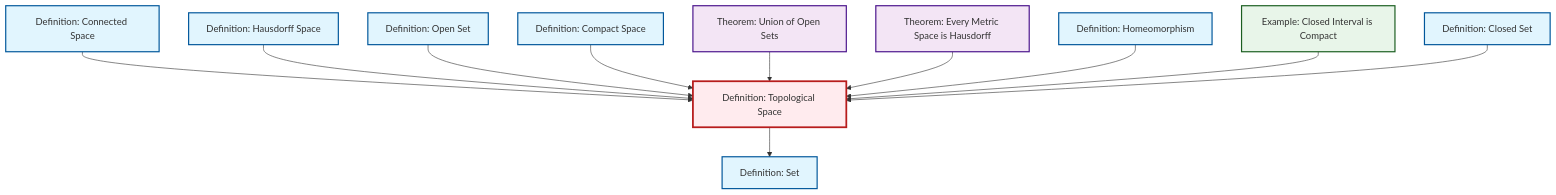
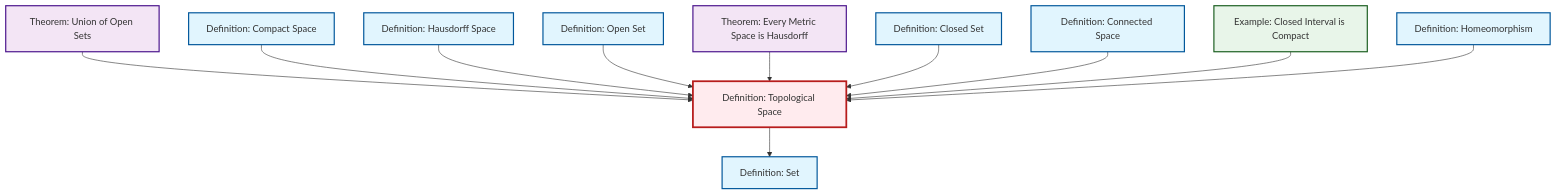
Before and after one commit to RK0429/ModernMath: the diagram in content/en/topology/def-topological-space.qmd, drawn with Mermaid. The commit also changed other lines of this file and 619 other files, not shown here.

````diff
--- a/content/en/topology/def-topological-space.qmd
+++ b/content/en/topology/def-topological-space.qmd
@@ -59,41 +59,41 @@
 ```{mermaid}
 %%| fig-cap: "Local dependency graph"
 graph TD
     classDef definition fill:#e1f5fe,stroke:#01579b,stroke-width:2px
     classDef theorem fill:#f3e5f5,stroke:#4a148c,stroke-width:2px
     classDef axiom fill:#fff3e0,stroke:#e65100,stroke-width:2px
     classDef example fill:#e8f5e9,stroke:#1b5e20,stroke-width:2px
     classDef current fill:#ffebee,stroke:#b71c1c,stroke-width:3px
+    ex-closed-interval-compact["Example: Closed Interval is Compact"]:::example
     def-compact["Definition: Compact Space"]:::definition
+    def-open-set["Definition: Open Set"]:::definition
+    def-set["Definition: Set"]:::definition
+    def-connected["Definition: Connected Space"]:::definition
+    def-topological-space["Definition: Topological Space"]:::definition
+    def-closed-set["Definition: Closed Set"]:::definition
     thm-union-open-sets["Theorem: Union of Open Sets"]:::theorem
-    def-closed-set["Definition: Closed Set"]:::definition
+    def-homeomorphism["Definition: Homeomorphism"]:::definition
+    def-hausdorff["Definition: Hausdorff Space"]:::definition
     thm-metric-hausdorff["Theorem: Every Metric Space is Hausdorff"]:::theorem
-    def-hausdorff["Definition: Hausdorff Space"]:::definition
-    def-set["Definition: Set"]:::definition
-    def-topological-space["Definition: Topological Space"]:::definition
-    def-homeomorphism["Definition: Homeomorphism"]:::definition
-    def-connected["Definition: Connected Space"]:::definition
-    def-open-set["Definition: Open Set"]:::definition
-    ex-closed-interval-compact["Example: Closed Interval is Compact"]:::example
-    def-connected --> def-topological-space
+    thm-union-open-sets --> def-topological-space
+    def-topological-space --> def-set
+    def-compact --> def-topological-space
     def-hausdorff --> def-topological-space
     def-open-set --> def-topological-space
-    def-compact --> def-topological-space
-    thm-union-open-sets --> def-topological-space
     thm-metric-hausdorff --> def-topological-space
-    def-topological-space --> def-set
+    def-closed-set --> def-topological-space
+    def-connected --> def-topological-space
+    ex-closed-interval-compact --> def-topological-space
     def-homeomorphism --> def-topological-space
-    ex-closed-interval-compact --> def-topological-space
-    def-closed-set --> def-topological-space
     class def-topological-space current
+    click ex-closed-interval-compact "ex-closed-interval-compact.html" "Go to Closed Interval is Compact example"
     click def-compact "def-compact.html" "Go to Compact Space definition"
+    click def-open-set "def-open-set.html" "Go to Open Set definition"
+    click def-set "def-set.html" "Go to Set definition"
+    click def-connected "def-connected.html" "Go to Connected Space definition"
+    click def-closed-set "def-closed-set.html" "Go to Closed Set definition"
     click thm-union-open-sets "thm-union-open-sets.html" "Go to Union of Open Sets theorem"
-    click def-closed-set "def-closed-set.html" "Go to Closed Set definition"
+    click def-homeomorphism "def-homeomorphism.html" "Go to Homeomorphism definition"
+    click def-hausdorff "def-hausdorff.html" "Go to Hausdorff Space definition"
     click thm-metric-hausdorff "thm-metric-hausdorff.html" "Go to Every Metric Space is Hausdorff theorem"
-    click def-hausdorff "def-hausdorff.html" "Go to Hausdorff Space definition"
-    click def-set "def-set.html" "Go to Set definition"
-    click def-homeomorphism "def-homeomorphism.html" "Go to Homeomorphism definition"
-    click def-connected "def-connected.html" "Go to Connected Space definition"
-    click def-open-set "def-open-set.html" "Go to Open Set definition"
-    click ex-closed-interval-compact "ex-closed-interval-compact.html" "Go to Closed Interval is Compact example"
 ```
````
